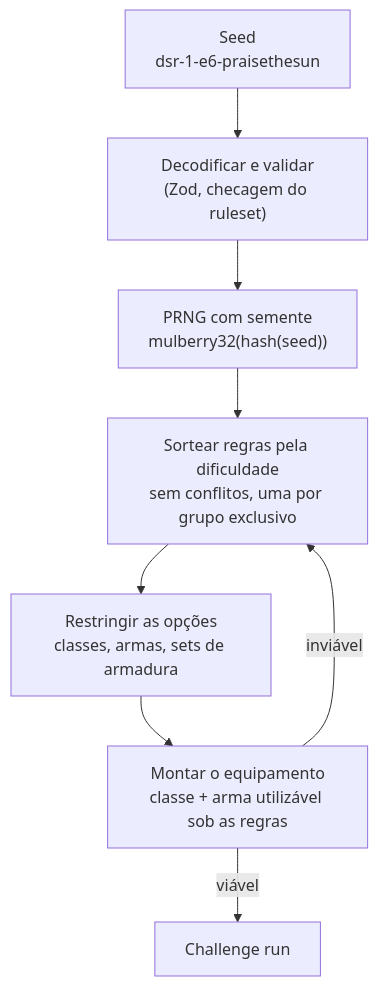
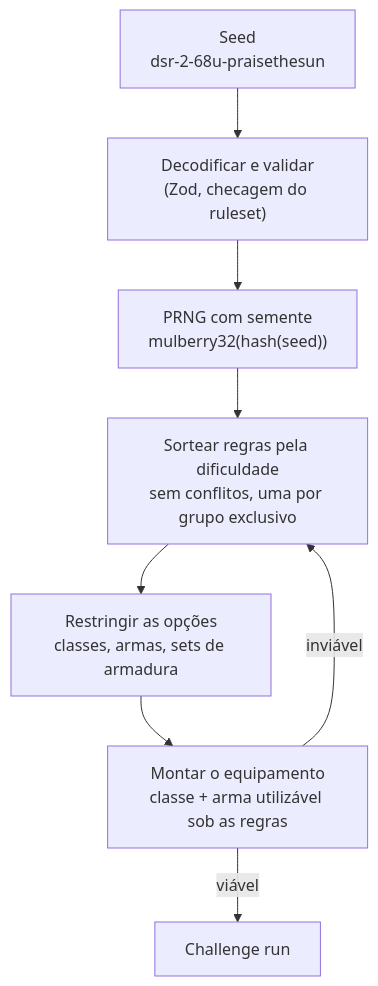
Before and after one commit to localhost-ayu/souls-challenge-generator: the diagram in README.pt-BR.md, drawn with Mermaid. The commit also changed other lines of this file and 23 other files, not shown here.

````diff
--- a/README.pt-BR.md
+++ b/README.pt-BR.md
@@ -38,10 +41,10 @@
 ```mermaid
 flowchart TD
-    seed["Seed<br/>dsr-1-e6-praisethesun"] --> decode["Decodificar e validar<br/>(Zod, checagem do ruleset)"]
+    seed["Seed<br/>dsr-2-68u-praisethesun"] --> decode["Decodificar e validar<br/>(Zod, checagem do ruleset)"]
     decode --> rng["PRNG com semente<br/>mulberry32(hash(seed))"]
     rng --> select["Sortear regras pela dificuldade<br/>sem conflitos, uma por grupo exclusivo"]
     select --> narrow["Restringir as opções<br/>classes, armas, sets de armadura"]
     narrow --> resolve["Montar o equipamento<br/>classe + arma utilizável sob as regras"]
     resolve -->|viável| run["Challenge run"]
     resolve -->|inviável| select
 ```
````
